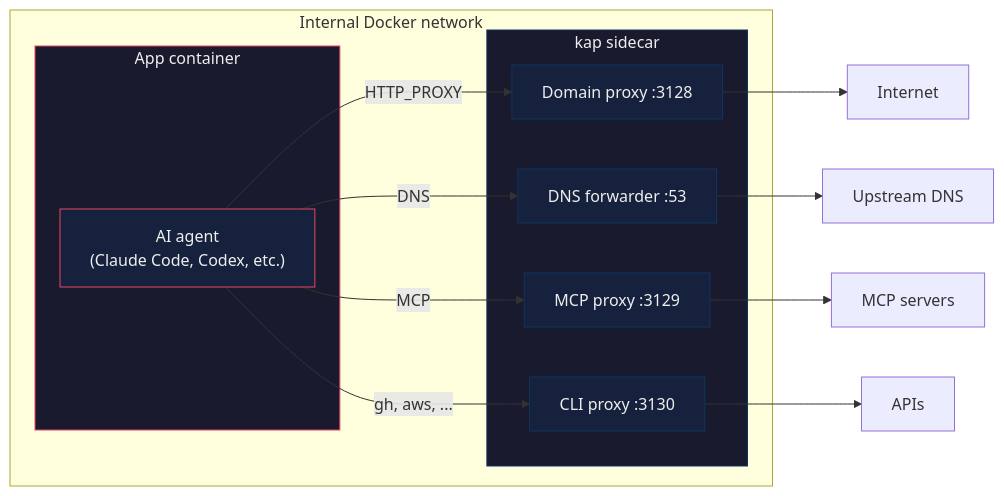
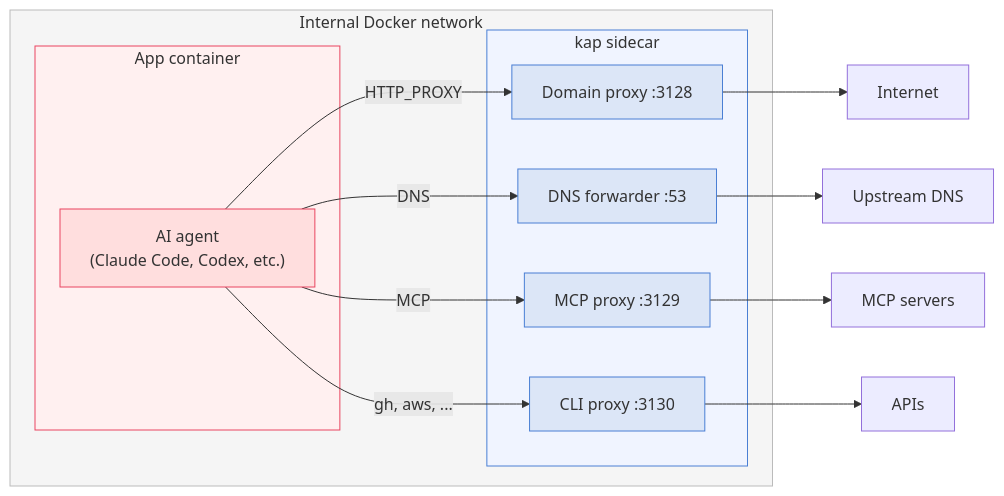
The diagram in README.md (6/kap), drawn with Mermaid before and after one commit. The commit also changed 4 other files, not shown here.

First line of the commit message:
Improve mcp get output, add reset hint after mcp add, lighten Mermaid colors

````diff
--- a/README.md
+++ b/README.md
@@ -122,27 +122,28 @@
 ```mermaid
 graph LR
     subgraph internal ["Internal Docker network"]
         subgraph app ["App container"]
             Agent["AI agent<br/>(Claude Code, Codex, etc.)"]
         end
         subgraph sidecar ["kap sidecar"]
             DP["Domain proxy :3128"]
             DNS["DNS forwarder :53"]
             MCP["MCP proxy :3129"]
             CLI["CLI proxy :3130"]
         end
     end
 
     Agent -- "HTTP_PROXY" --> DP --> Internet
     Agent -- "DNS" --> DNS --> Upstream_DNS["Upstream DNS"]
     Agent -- "MCP" --> MCP --> MCP_Servers["MCP servers"]
     Agent -- "gh, aws, ..." --> CLI --> APIs
 
-    style app fill:#1a1a2e,stroke:#e94560,color:#eee
-    style sidecar fill:#1a1a2e,stroke:#0f3460,color:#eee
-    style Agent fill:#16213e,stroke:#e94560,color:#eee
-    style DP fill:#16213e,stroke:#0f3460,color:#eee
-    style DNS fill:#16213e,stroke:#0f3460,color:#eee
-    style MCP fill:#16213e,stroke:#0f3460,color:#eee
-    style CLI fill:#16213e,stroke:#0f3460,color:#eee
+    style internal fill:#f5f5f5,stroke:#bbb,color:#333
+    style app fill:#fff0f0,stroke:#e94560,color:#333
+    style sidecar fill:#f0f4ff,stroke:#4a7fd4,color:#333
+    style Agent fill:#ffdede,stroke:#e94560,color:#333
+    style DP fill:#dce6f7,stroke:#4a7fd4,color:#333
+    style DNS fill:#dce6f7,stroke:#4a7fd4,color:#333
+    style MCP fill:#dce6f7,stroke:#4a7fd4,color:#333
+    style CLI fill:#dce6f7,stroke:#4a7fd4,color:#333
 ```
````
